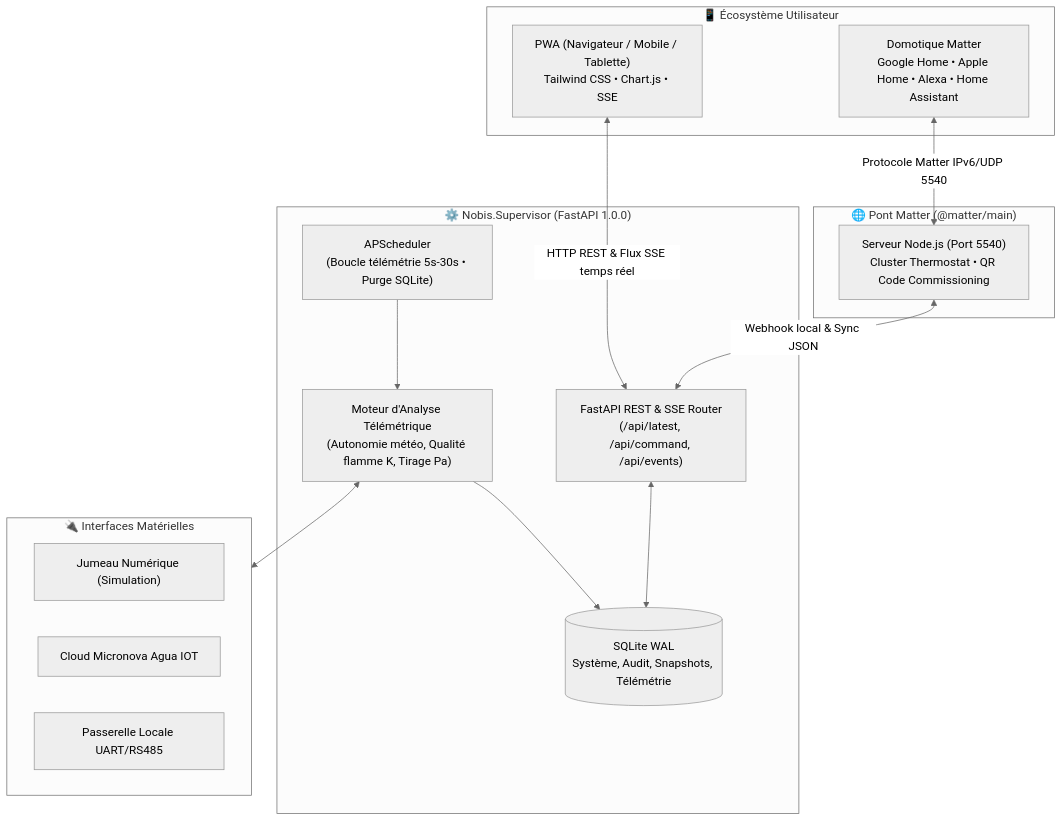
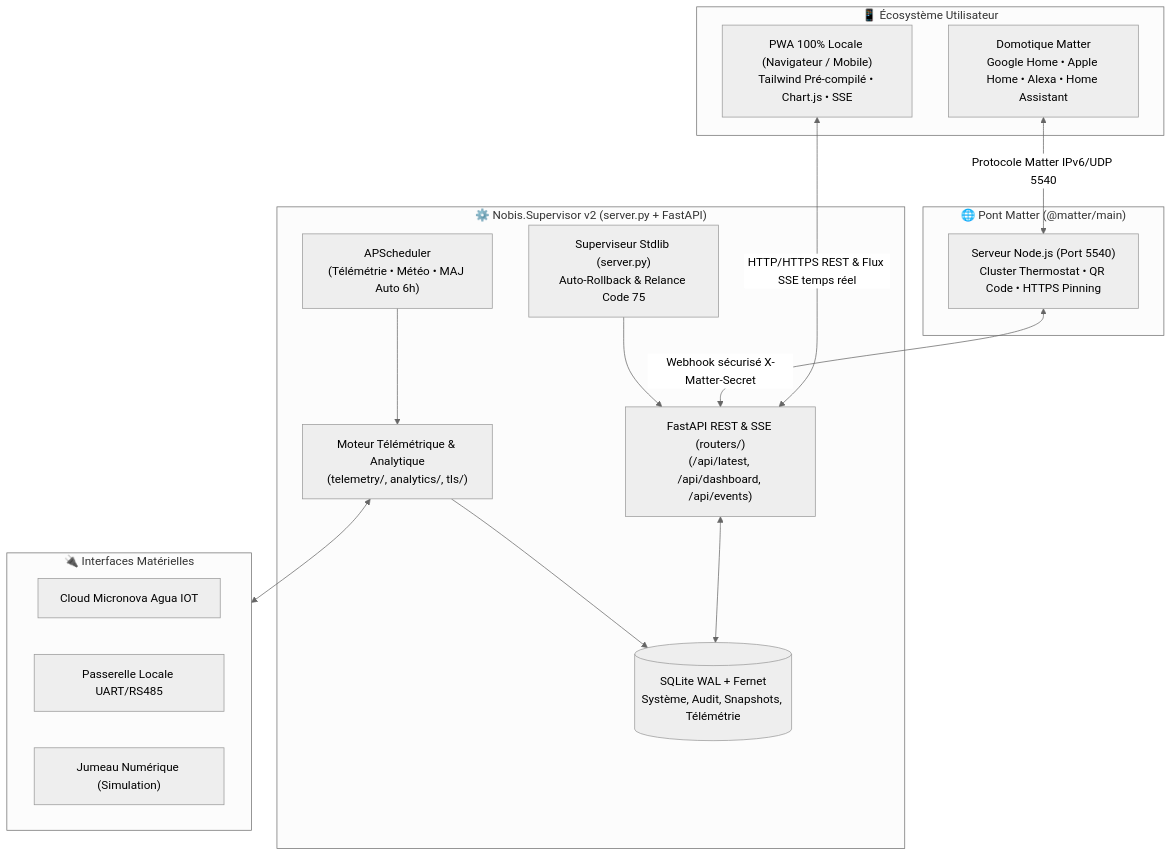
One commit to malexxx/Nobis.Supervisor changed the diagram in README.md. Above: the diagram before and after it, drawn with Mermaid (neutral theme). The commit also changed other lines of this file and 8 other files, not shown here.

````diff
--- a/README.md
+++ b/README.md
@@ -258,32 +142,34 @@
 ```mermaid
 flowchart TD
     subgraph Clients["📱 Écosystème Utilisateur"]
-        Browser["PWA (Navigateur / Mobile / Tablette)\nTailwind CSS • Chart.js • SSE"]
+        Browser["PWA 100% Locale (Navigateur / Mobile)\nTailwind Pré-compilé • Chart.js • SSE"]
         SmartHome["Domotique Matter\nGoogle Home • Apple Home • Alexa • Home Assistant"]
     end
 
-    subgraph Core["⚙️ Nobis.Supervisor (FastAPI 1.0.0)"]
-        API["FastAPI REST & SSE Router\n(/api/latest, /api/command, /api/events)"]
-        Scheduler["APScheduler\n(Boucle télémétrie 5s-30s • Purge SQLite)"]
-        TelemetryEngine["Moteur d'Analyse Télémétrique\n(Autonomie météo, Qualité flamme K, Tirage Pa)"]
-        DB[(SQLite WAL\nSystème, Audit, Snapshots, Télémétrie)]
+    subgraph Core["⚙️ Nobis.Supervisor v2 (server.py + FastAPI)"]
+        Supervisor["Superviseur Stdlib (server.py)\nAuto-Rollback & Relance Code 75"]
+        API["FastAPI REST & SSE (routers/)\n(/api/latest, /api/dashboard, /api/events)"]
+        Scheduler["APScheduler\n(Télémétrie • Météo • MAJ Auto 6h)"]
+        TelemetryEngine["Moteur Télémétrique & Analytique\n(telemetry/, analytics/, tls/)"]
+        DB[(SQLite WAL + Fernet\nSystème, Audit, Snapshots, Télémétrie)]
     end
 
     subgraph MatterBridge["🌐 Pont Matter (@matter/main)"]
-        NodeBridge["Serveur Node.js (Port 5540)\nCluster Thermostat • QR Code Commissioning"]
+        NodeBridge["Serveur Node.js (Port 5540)\nCluster Thermostat • QR Code • HTTPS Pinning"]
     end
 
     subgraph Harvesters["🔌 Interfaces Matérielles"]
-        Sim["Jumeau Numérique (Simulation)"]
         AguaCloud["Cloud Micronova Agua IOT"]
         LocalGW["Passerelle Locale UART/RS485"]
+        Sim["Jumeau Numérique (Simulation)"]
     end
 
-    Browser <-->|HTTP REST & Flux SSE temps réel| API
+    Browser <-->|HTTP/HTTPS REST & Flux SSE temps réel| API
     SmartHome <-->|Protocole Matter IPv6/UDP 5540| NodeBridge
-    NodeBridge <-->|Webhook local & Sync JSON| API
+    NodeBridge <-->|Webhook sécurisé X-Matter-Secret| API
+    Supervisor --> API
     API <--> DB
     Scheduler --> TelemetryEngine
     TelemetryEngine <--> Harvesters
     TelemetryEngine --> DB
 ```
````
